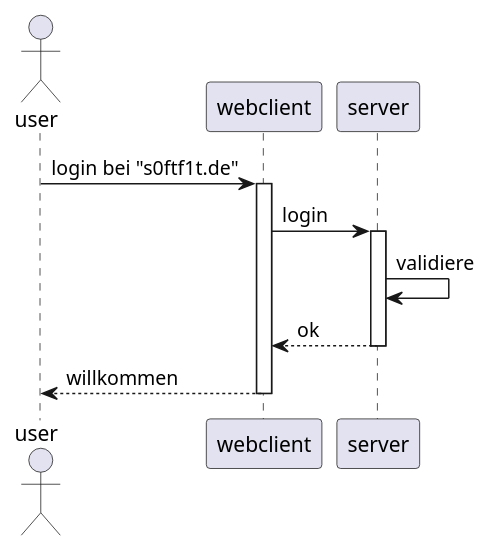
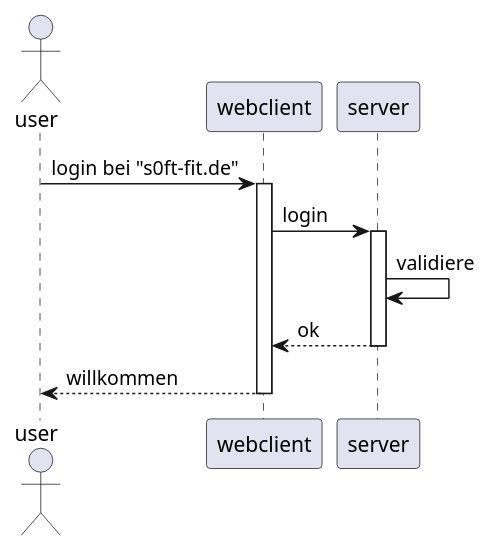
One commit to gaerfield/2021-08-oauth2-talk changed the second of 2 diagrams in 1_Einleitung.md. Above: the diagram before and after it, drawn with PlantUML. The commit also changed other lines of this file and 3 other files, not shown here.

````diff
--- a/1_Einleitung.md
+++ b/1_Einleitung.md
@@ -36,10 +36,10 @@
 ```puml
 actor user
 participant "webclient"
 participant "server"
-user -> webclient++ : login bei "s0ftf1t.de"
+user -> webclient++ : login bei "s0ft-fit.de"
 webclient -> server++ : login
 server -> server : validiere
 return ok
 return willkommen
 ```
````
